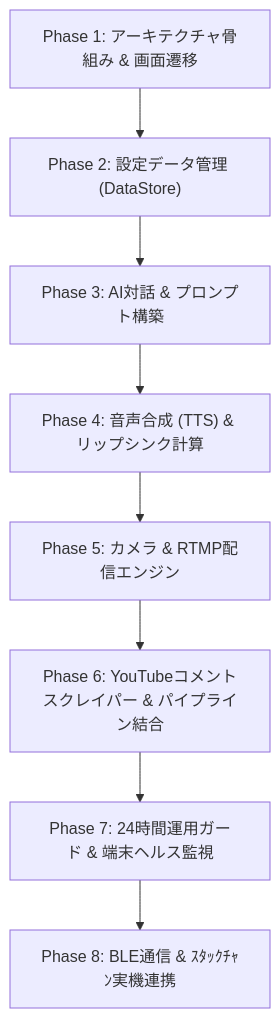
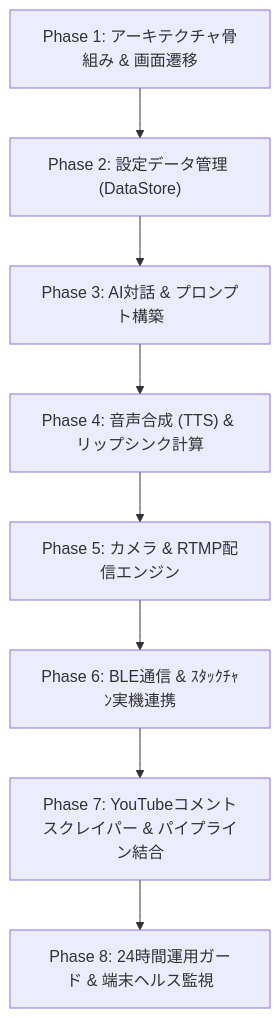
The diagram in android/docs/04_実装/実装フェーズ.md (pandapan-cute/StackCast), drawn with Mermaid before and after one commit. The commit also changed 6 other files, not shown here.

````diff
--- a/android/docs/04_実装/実装フェーズ.md
+++ b/android/docs/04_実装/実装フェーズ.md
@@ -20,10 +20,10 @@
 ```mermaid
 flowchart TD
     P1["Phase 1: アーキテクチャ骨組み & 画面遷移"] --> P2["Phase 2: 設定データ管理 (DataStore)"]
     P2 --> P3["Phase 3: AI対話 & プロンプト構築"]
     P3 --> P4["Phase 4: 音声合成 (TTS) & リップシンク計算"]
     P4 --> P5["Phase 5: カメラ & RTMP配信エンジン"]
-    P5 --> P6["Phase 6: YouTubeコメントスクレイパー & パイプライン結合"]
-    P6 --> P7["Phase 7: 24時間運用ガード & 端末ヘルス監視"]
-    P7 --> P8["Phase 8: BLE通信 & ｽﾀｯｸﾁｬﾝ実機連携"]
+    P5 --> P6["Phase 6: BLE通信 & ｽﾀｯｸﾁｬﾝ実機連携"]
+    P6 --> P7["Phase 7: YouTubeコメントスクレイパー & パイプライン結合"]
+    P7 --> P8["Phase 8: 24時間運用ガード & 端末ヘルス監視"]
 ```
````
